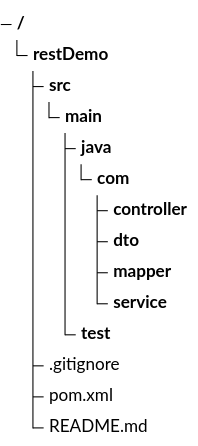
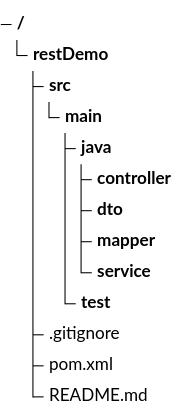
The diagram in Read.md (chanduujjina/Spring_Boot_Rest_AI), drawn with Mermaid (forest theme) before and after one commit.

Commit message:
Fix indentation in Read.md file

````diff
--- a/Read.md
+++ b/Read.md
@@ -1,17 +1,16 @@
 ```mermaid
 treeView-beta
             restDemo/
                      src/
                          main/
                               java/
-                                  com/
                                       controller/
                                       dto/
                                       mapper/
                                      service/
                                
                             test/
                 .gitignore
                 pom.xml
                 README.md
 ```
````
